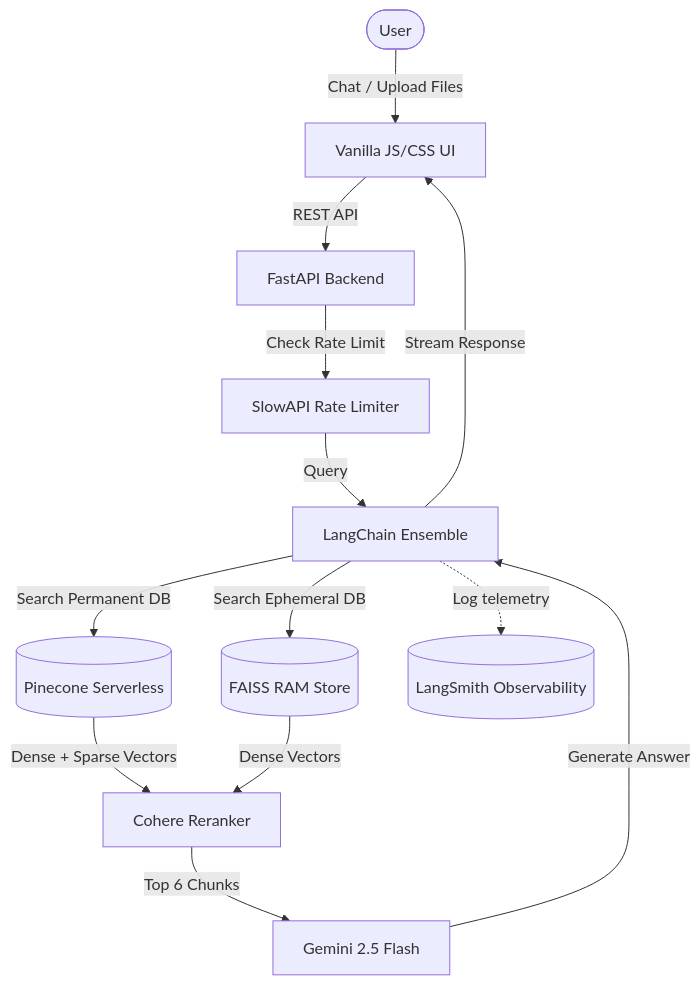
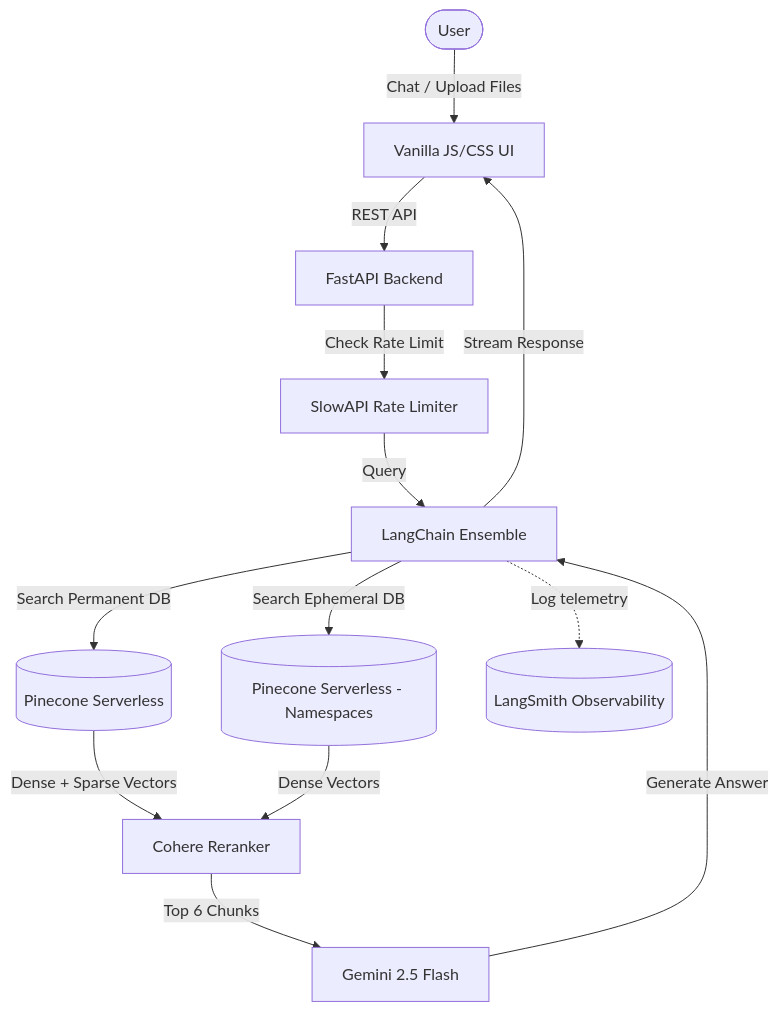
The diagram in README.md (kalpit-22/rag-portfolio-v2), drawn with Mermaid before and after one commit. The commit also changed other lines of this file and 8 other files, not shown here.

````diff
--- a/README.md
+++ b/README.md
@@ -13,21 +13,21 @@
 ```mermaid
 graph TD
     User([User]) -->|Chat / Upload Files| Frontend[Vanilla JS/CSS UI]
     Frontend -->|REST API| FastAPI[FastAPI Backend]
     
     FastAPI -->|Check Rate Limit| SlowAPI[SlowAPI Rate Limiter]
     SlowAPI -->|Query| Orchestrator[LangChain Ensemble]
     
-    Orchestrator -->|Search Permanent DB| Pinecone[(Pinecone Serverless)]
-    Orchestrator -->|Search Ephemeral DB| FAISS[(FAISS RAM Store)]
+    Orchestrator -->|Search Permanent DB| PineconePerm[(Pinecone Serverless)]
+    Orchestrator -->|Search Ephemeral DB| PineconeEph[(Pinecone Serverless - Namespaces)]
     
-    Pinecone -->|Dense + Sparse Vectors| Reranker[Cohere Reranker]
-    FAISS -->|Dense Vectors| Reranker
+    PineconePerm -->|Dense + Sparse Vectors| Reranker[Cohere Reranker]
+    PineconeEph -->|Dense Vectors| Reranker
     
     Reranker -->|Top 6 Chunks| LLM[Gemini 2.5 Flash]
     LLM -->|Generate Answer| Orchestrator
     Orchestrator -->|Stream Response| Frontend
     
     %% Tracing
     Orchestrator -.->|Log telemetry| LangSmith[(LangSmith Observability)]
 ```
````
